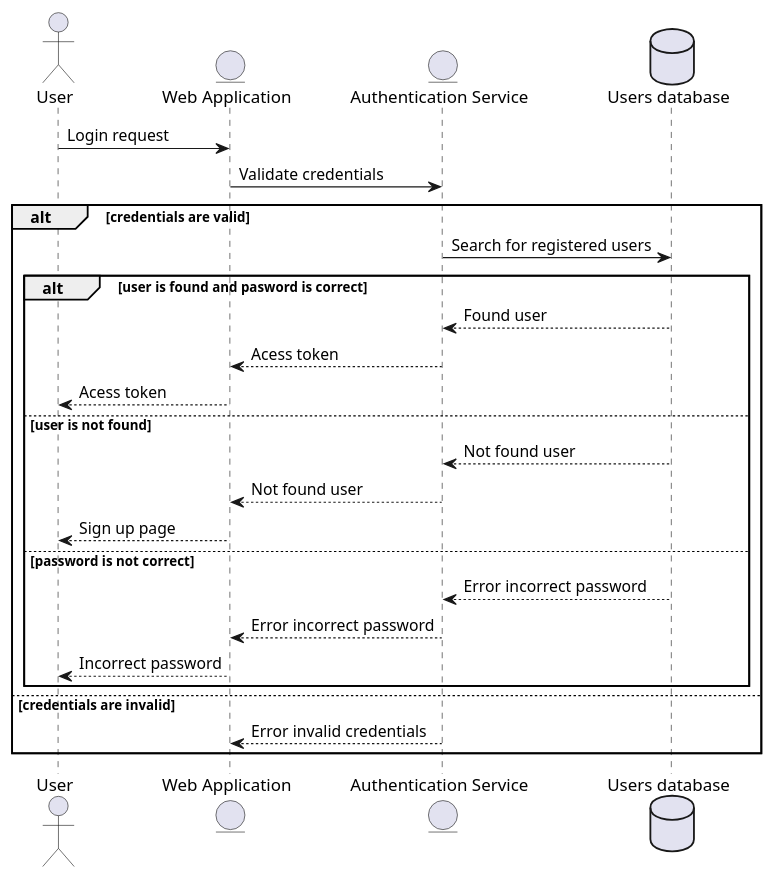
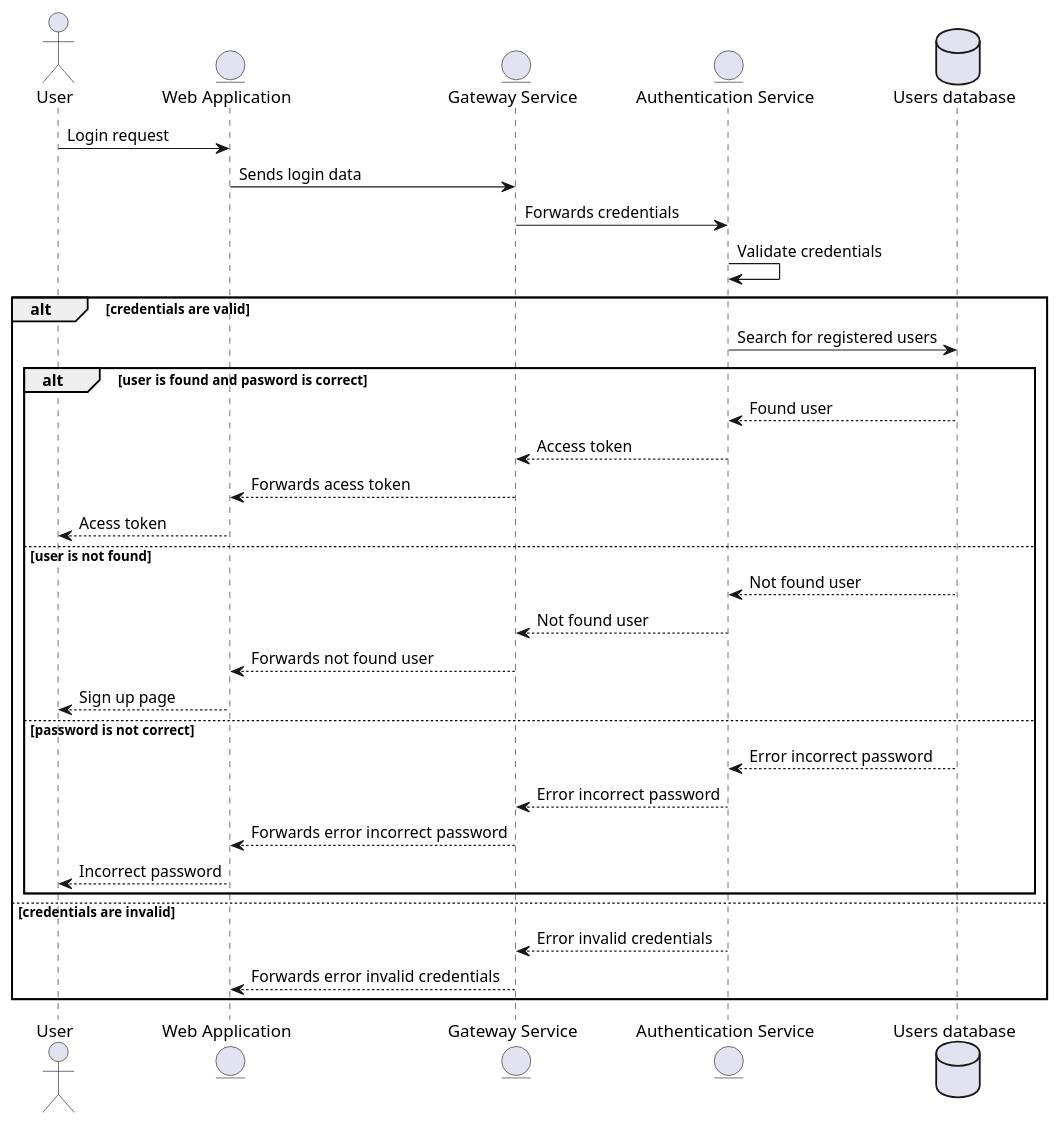
One commit to Arquisoft/wichat_en1b changed the second of 5 diagrams in docs/src/06_runtime_view.adoc. Above: the diagram before and after it, drawn with PlantUML.

Commit message:
Fixed Log In runtime view sequence

```diff
--- a/docs/src/06_runtime_view.adoc
+++ b/docs/src/06_runtime_view.adoc
@@ -81,28 +81,35 @@
 [plantuml,"Authentication Log In Sequence",png]
 ----
 actor User
 entity "Web Application" as App
+entity "Gateway Service" as Gat
 entity "Authentication Service" as Auth
 database "Users database" as Ust
 
 User -> App: Login request
-App -> Auth: Validate credentials
+App -> Gat: Sends login data
+Gat -> Auth: Forwards credentials
+Auth -> Auth: Validate credentials
 alt credentials are valid
     Auth -> Ust: Search for registered users
     alt user is found and pasword is correct
         Ust --> Auth: Found user
-        Auth --> App: Acess token
+        Auth --> Gat: Access token
+        Gat --> App: Forwards acess token
         App --> User: Acess token
     else user is not found 
         Ust --> Auth: Not found user
-        Auth --> App: Not found user
+        Auth --> Gat: Not found user
+        Gat --> App: Forwards not found user
         App --> User: Sign up page
     else password is not correct
         Ust --> Auth: Error incorrect password
-        Auth --> App: Error incorrect password
+        Auth --> Gat: Error incorrect password
+        Gat --> App: Forwards error incorrect password
         App --> User: Incorrect password
     end
 else credentials are invalid
-    Auth --> App: Error invalid credentials
+    Auth --> Gat: Error invalid credentials
+    Gat --> App: Forwards error invalid credentials
 end
 ----
```
